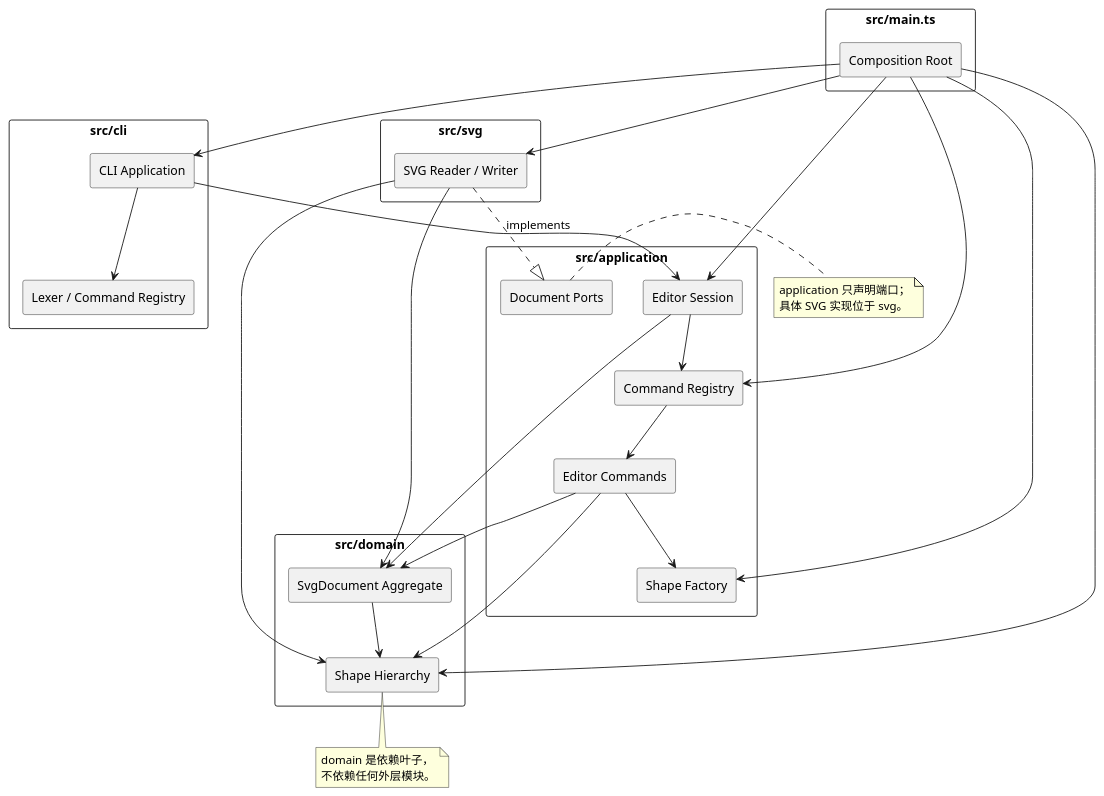
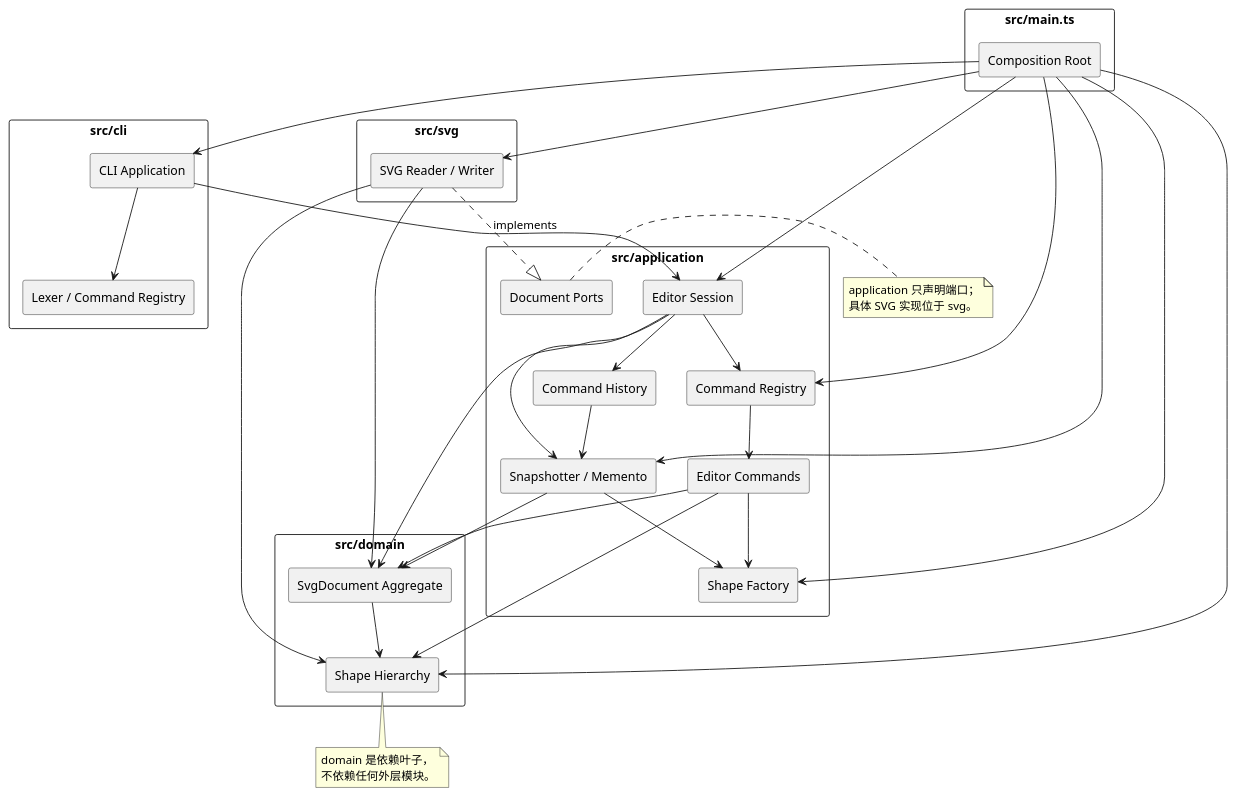
One commit to sensir233/-SVG-CLI-Editor changed the diagram in doc/README.md. Above: the diagram before and after it, drawn with PlantUML. The commit also changed other lines of this file and 37 other files, not shown here.

Commit message:
feat(history): implement command history and io barrier

````diff
--- a/doc/README.md
+++ b/doc/README.md
@@ -98,60 +114,68 @@
 ```plantuml
 @startuml
 skinparam componentStyle rectangle
 skinparam packageStyle rectangle
 
 package "src/main.ts" {
   [Composition Root] as Main
 }
 
 package "src/cli" {
   [CLI Application] as Cli
   [Lexer / Command Registry] as Parser
 }
 
 package "src/application" {
   [Editor Session] as Session
   [Editor Commands] as Commands
   [Command Registry] as Registry
   [Shape Factory] as Factory
+  [Snapshotter / Memento] as Snapshot
+  [Command History] as History
   [Document Ports] as Ports
 }
 
 package "src/svg" {
   [SVG Reader / Writer] as Svg
 }
 
 package "src/domain" {
   [SvgDocument Aggregate] as Document
   [Shape Hierarchy] as Shapes
 }
 
 Main --> Cli
 Main --> Session
 Main --> Registry
 Main --> Factory
+Main --> Snapshot
 Main --> Svg
 Main --> Shapes
 Cli --> Session
 Cli --> Parser
 Session --> Registry
+Session --> Snapshot
+Session --> History
 Registry --> Commands
 Commands --> Factory
 Session --> Document
+Snapshot --> Document
+Snapshot --> Factory
+History --> Snapshot
 Commands --> Document
 Commands --> Shapes
 Svg ..|> Ports : implements
 Svg --> Document
 Svg --> Shapes
 Document --> Shapes
 
 note right of Ports
   application 只声明端口；
   具体 SVG 实现位于 svg。
 end note
 note bottom of Shapes
   domain 是依赖叶子，
   不依赖任何外层模块。
 end note
 @enduml
 ```
````
